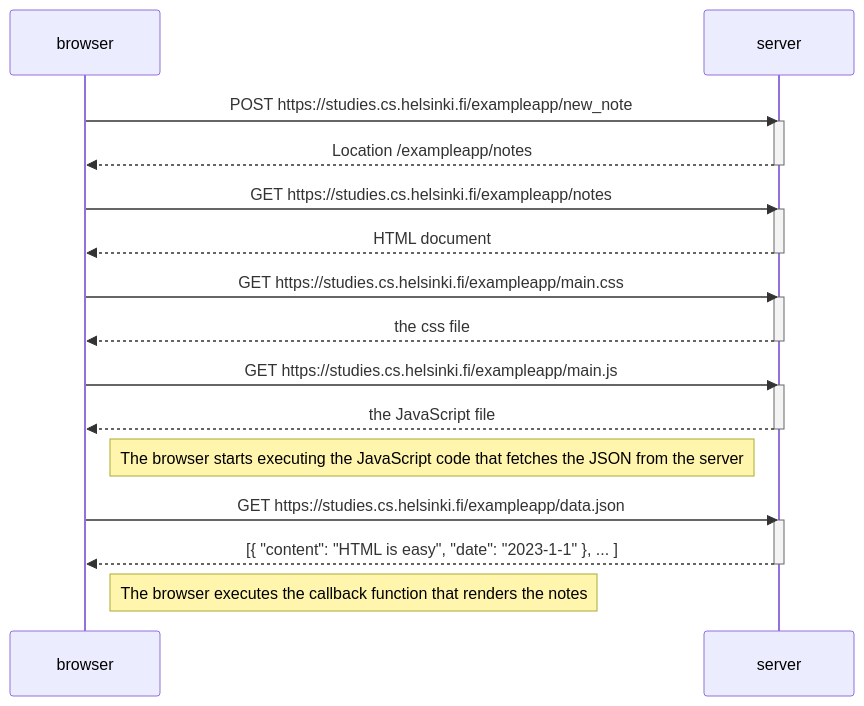
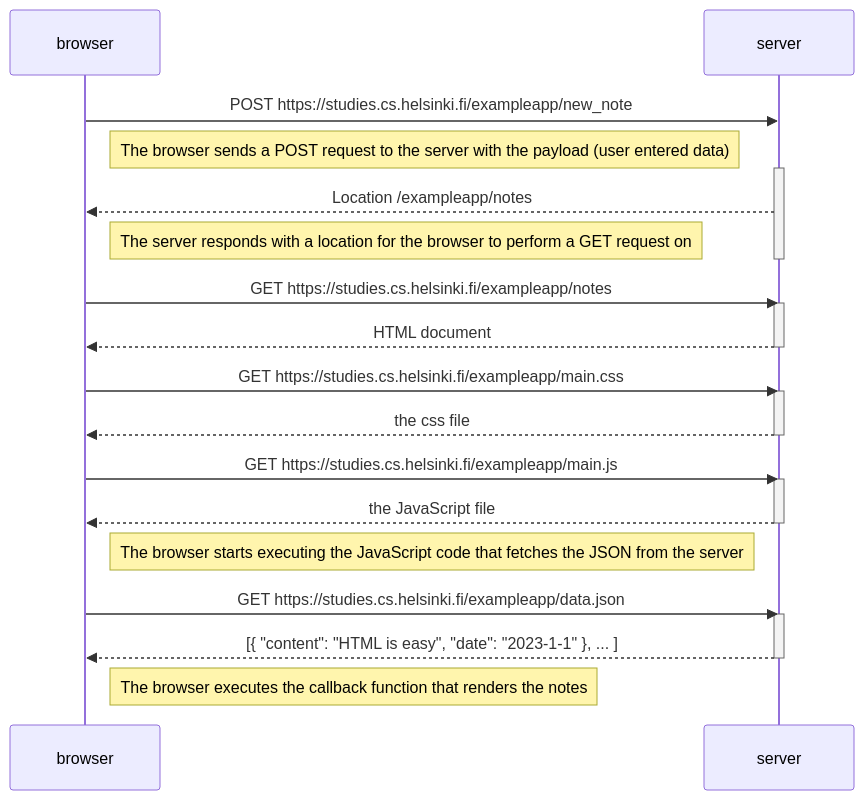
One commit to Codeine/fullstack changed the diagram in part0/0.4 New note diagram.md. Above: the diagram before and after it, drawn with Mermaid.

Commit message:
added notes to exercise 0.4

````diff
--- a/part0/0.4 New note diagram.md
+++ b/part0/0.4 New note diagram.md
@@ -1,34 +1,37 @@
 ```mermaid
 sequenceDiagram
     participant browser
     participant server
     
     browser->>server: POST https://studies.cs.helsinki.fi/exampleapp/new_note
+    note right of browser: The browser sends a POST request to the server with the payload (user entered data)
     activate server
     server-->>browser: Location /exampleapp/notes
+    note right of browser: The server responds with a location for the browser to perform a GET request on
     deactivate server
+
 
     browser->>server: GET https://studies.cs.helsinki.fi/exampleapp/notes
     activate server
     server-->>browser: HTML document
     deactivate server
     
     browser->>server: GET https://studies.cs.helsinki.fi/exampleapp/main.css
     activate server
     server-->>browser: the css file
     deactivate server
     
     browser->>server: GET https://studies.cs.helsinki.fi/exampleapp/main.js
     activate server
     server-->>browser: the JavaScript file
     deactivate server
     
     Note right of browser: The browser starts executing the JavaScript code that fetches the JSON from the server
     
     browser->>server: GET https://studies.cs.helsinki.fi/exampleapp/data.json
     activate server
     server-->>browser: [{ "content": "HTML is easy", "date": "2023-1-1" }, ... ]
     deactivate server    
 
     Note right of browser: The browser executes the callback function that renders the notes
 ```
````
